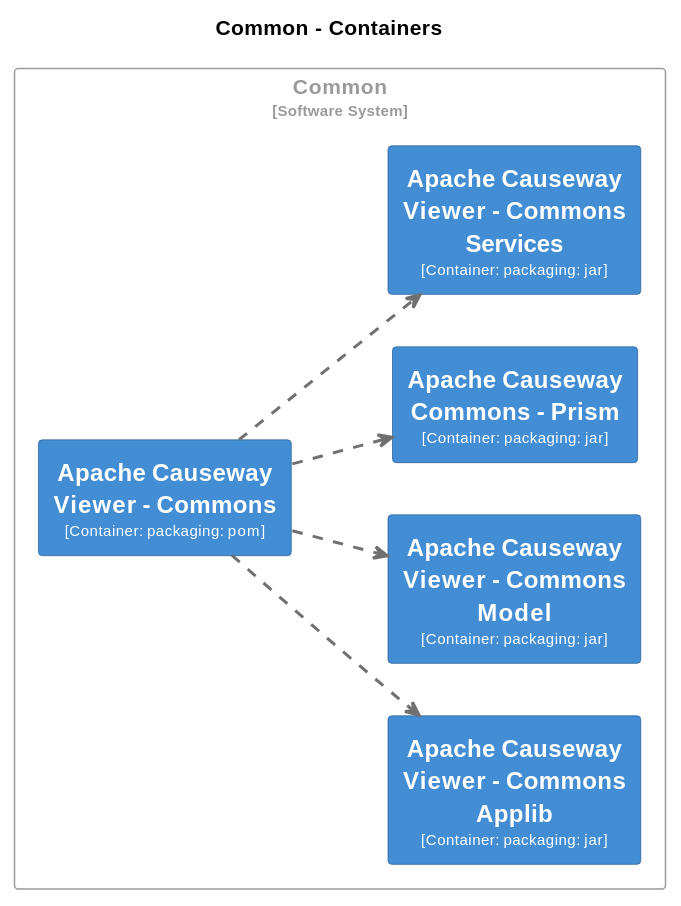
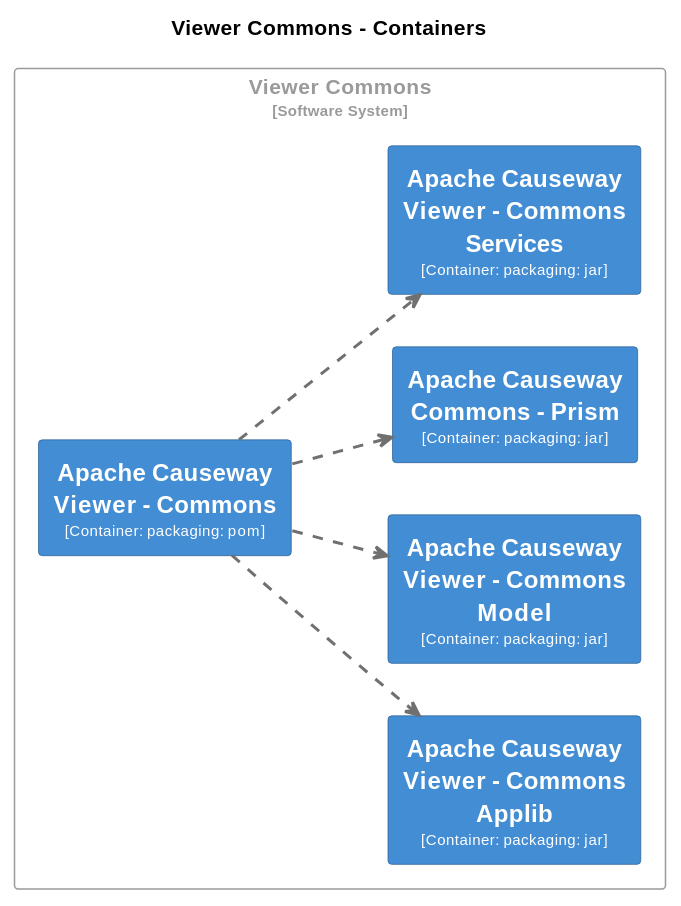
Before and after one commit to apache/causeway: diagram 14 of 34 in core/adoc/modules/_overview/pages/about.adoc, drawn with PlantUML. The commit also changed other lines of this file and 8 other files, not shown here.

```diff
--- a/core/adoc/modules/_overview/pages/about.adoc
+++ b/core/adoc/modules/_overview/pages/about.adoc
@@ -2320,67 +2319,67 @@
-[plantuml,Common,svg]
+[plantuml,Viewer Commons,svg]
 ----
 @startuml
 set separator none
-title Common - Containers
+title Viewer Commons - Containers
 
 left to right direction
 
 skinparam {
   arrowFontSize 10
   defaultTextAlignment center
   wrapWidth 200
   maxMessageSize 100
 }
 
 hide stereotype
 
-skinparam rectangle<<Common.ApacheCausewayCommonsPrism>> {
+skinparam rectangle<<ViewerCommons.ApacheCausewayCommonsPrism>> {
   BackgroundColor #438dd5
   FontColor #fffffe
   BorderColor #2e6295
   shadowing false
 }
-skinparam rectangle<<Common.ApacheCausewayViewerCommons>> {
+skinparam rectangle<<ViewerCommons.ApacheCausewayViewerCommons>> {
   BackgroundColor #438dd5
   FontColor #fffffe
   BorderColor #2e6295
   shadowing false
 }
-skinparam rectangle<<Common.ApacheCausewayViewerCommonsApplib>> {
+skinparam rectangle<<ViewerCommons.ApacheCausewayViewerCommonsApplib>> {
   BackgroundColor #438dd5
   FontColor #fffffe
   BorderColor #2e6295
   shadowing false
 }
-skinparam rectangle<<Common.ApacheCausewayViewerCommonsModel>> {
+skinparam rectangle<<ViewerCommons.ApacheCausewayViewerCommonsModel>> {
   BackgroundColor #438dd5
   FontColor #fffffe
   BorderColor #2e6295
   shadowing false
 }
-skinparam rectangle<<Common.ApacheCausewayViewerCommonsServices>> {
+skinparam rectangle<<ViewerCommons.ApacheCausewayViewerCommonsServices>> {
   BackgroundColor #438dd5
   FontColor #fffffe
   BorderColor #2e6295
   shadowing false
 }
-skinparam rectangle<<Common>> {
+skinparam rectangle<<ViewerCommons>> {
   BorderColor #9a9a9a
   FontColor #9a9a9a
   shadowing false
 }
 
-rectangle "Common\n<size:10>[Software System]</size>" <<Common>> {
-  rectangle "==Apache Causeway Viewer - Commons\n<size:10>[Container: packaging: pom]</size>" <<Common.ApacheCausewayViewerCommons>> as Common.ApacheCausewayViewerCommons
-  rectangle "==Apache Causeway Viewer - Commons Applib\n<size:10>[Container: packaging: jar]</size>" <<Common.ApacheCausewayViewerCommonsApplib>> as Common.ApacheCausewayViewerCommonsApplib
-  rectangle "==Apache Causeway Viewer - Commons Model\n<size:10>[Container: packaging: jar]</size>" <<Common.ApacheCausewayViewerCommonsModel>> as Common.ApacheCausewayViewerCommonsModel
-  rectangle "==Apache Causeway Commons - Prism\n<size:10>[Container: packaging: jar]</size>" <<Common.ApacheCausewayCommonsPrism>> as Common.ApacheCausewayCommonsPrism
-  rectangle "==Apache Causeway Viewer - Commons Services\n<size:10>[Container: packaging: jar]</size>" <<Common.ApacheCausewayViewerCommonsServices>> as Common.ApacheCausewayViewerCommonsServices
+rectangle "Viewer Commons\n<size:10>[Software System]</size>" <<ViewerCommons>> {
+  rectangle "==Apache Causeway Viewer - Commons\n<size:10>[Container: packaging: pom]</size>" <<ViewerCommons.ApacheCausewayViewerCommons>> as ViewerCommons.ApacheCausewayViewerCommons
+  rectangle "==Apache Causeway Viewer - Commons Applib\n<size:10>[Container: packaging: jar]</size>" <<ViewerCommons.ApacheCausewayViewerCommonsApplib>> as ViewerCommons.ApacheCausewayViewerCommonsApplib
+  rectangle "==Apache Causeway Viewer - Commons Model\n<size:10>[Container: packaging: jar]</size>" <<ViewerCommons.ApacheCausewayViewerCommonsModel>> as ViewerCommons.ApacheCausewayViewerCommonsModel
+  rectangle "==Apache Causeway Commons - Prism\n<size:10>[Container: packaging: jar]</size>" <<ViewerCommons.ApacheCausewayCommonsPrism>> as ViewerCommons.ApacheCausewayCommonsPrism
+  rectangle "==Apache Causeway Viewer - Commons Services\n<size:10>[Container: packaging: jar]</size>" <<ViewerCommons.ApacheCausewayViewerCommonsServices>> as ViewerCommons.ApacheCausewayViewerCommonsServices
 }
 
-Common.ApacheCausewayViewerCommons .[#707070,thickness=2].> Common.ApacheCausewayViewerCommonsServices : "<color:#707070>"
-Common.ApacheCausewayViewerCommons .[#707070,thickness=2].> Common.ApacheCausewayViewerCommonsApplib : "<color:#707070>"
-Common.ApacheCausewayViewerCommons .[#707070,thickness=2].> Common.ApacheCausewayViewerCommonsModel : "<color:#707070>"
-Common.ApacheCausewayViewerCommons .[#707070,thickness=2].> Common.ApacheCausewayCommonsPrism : "<color:#707070>"
+ViewerCommons.ApacheCausewayViewerCommons .[#707070,thickness=2].> ViewerCommons.ApacheCausewayViewerCommonsServices : "<color:#707070>"
+ViewerCommons.ApacheCausewayViewerCommons .[#707070,thickness=2].> ViewerCommons.ApacheCausewayViewerCommonsApplib : "<color:#707070>"
+ViewerCommons.ApacheCausewayViewerCommons .[#707070,thickness=2].> ViewerCommons.ApacheCausewayViewerCommonsModel : "<color:#707070>"
+ViewerCommons.ApacheCausewayViewerCommons .[#707070,thickness=2].> ViewerCommons.ApacheCausewayCommonsPrism : "<color:#707070>"
 @enduml
 ----
```
